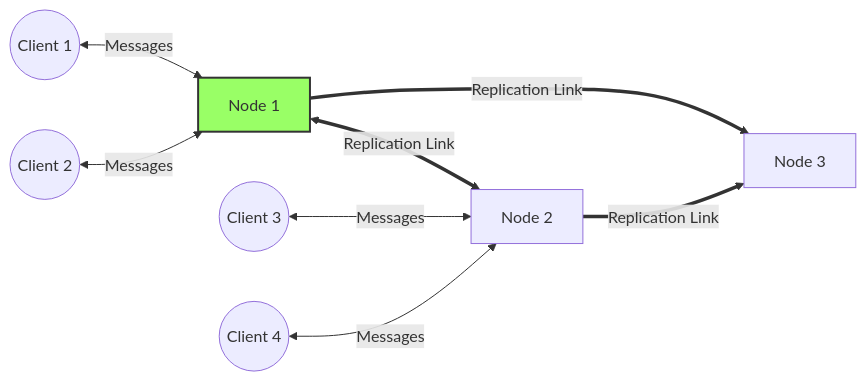
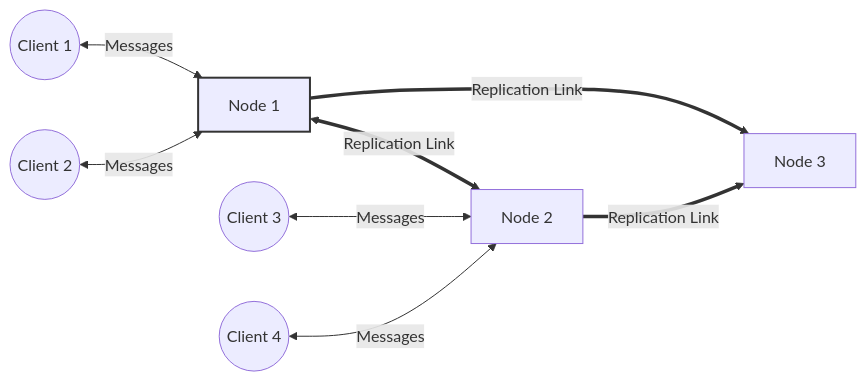
One commit to niklas-enns/message-broker changed the first of 2 diagrams in README.md. Above: the diagram before and after it, drawn with Mermaid.

Commit message:
reformat table

````diff
--- a/README.md
+++ b/README.md
@@ -11,14 +11,14 @@
 ```mermaid
 graph LR;
     N1[Node 1]<==>|Replication Link|N2[Node 2]
     N1[Node 1]==>|Replication Link|N3[Node 3]
     N2==>|Replication Link|N3
     C1((Client 1))<-->|Messages|N1;
     C2((Client 2))<-->|Messages|N1;
     C3((Client 3))<-->|Messages|N2;
     C4((Client 4))<-->|Messages|N2;
     N3[Node 3]
     
-    classDef green fill:#9f6,stroke:#333,stroke-width:2px;
+    classDef green fill:091057,stroke:#333,stroke-width:2px;
     class N1 green
 ```
````
